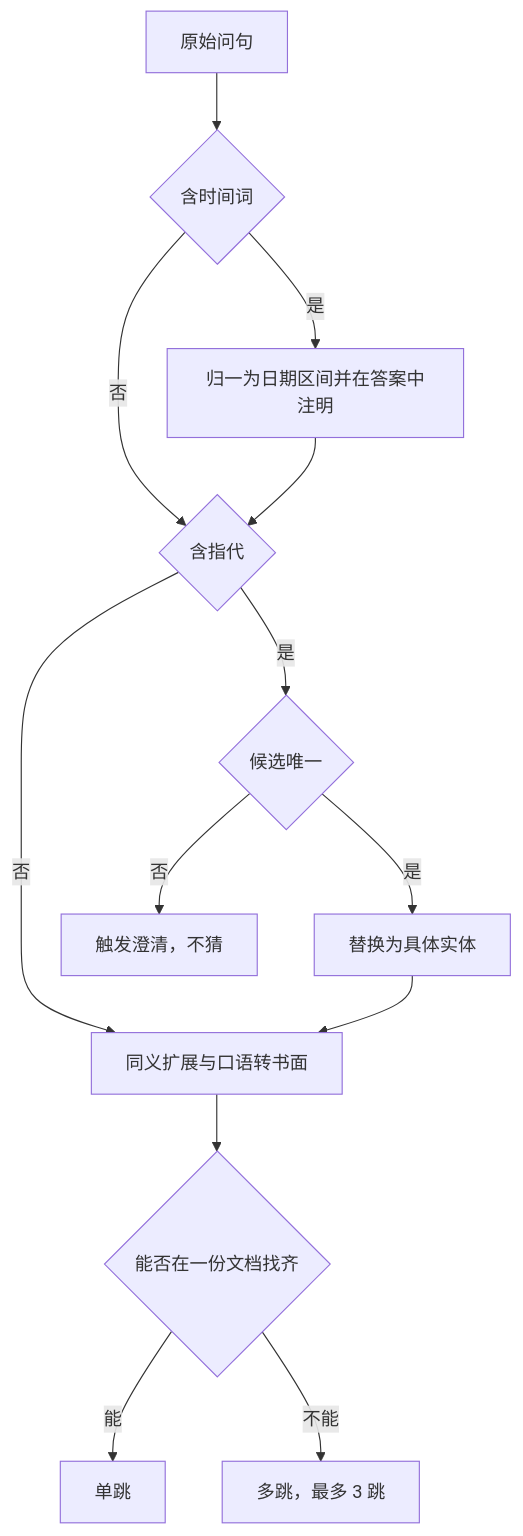
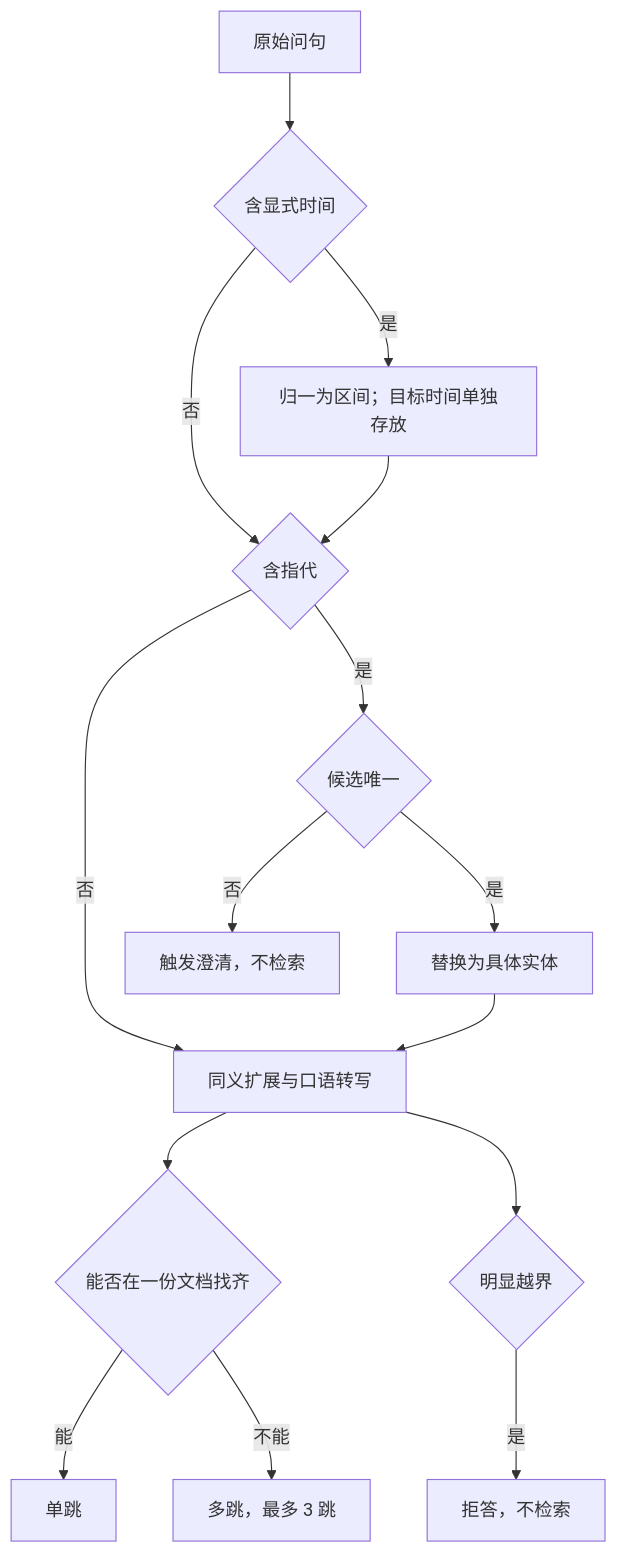
Before and after one commit to kvchen95/ai-rag: the tenth of 16 diagrams in 详细设计.md, drawn with Mermaid. The commit also changed other lines of this file and 4 other files, not shown here.

First line of the commit message:
docs: 按当前实现重写架构图集、概要设计与详细设计

````diff
--- a/详细设计.md
+++ b/详细设计.md
@@ -477,15 +501,17 @@
 ```mermaid
 flowchart TD
-    Q["原始问句"] --> T{"含时间词"}
-    T -- 是 --> T1["归一为日期区间并在答案中注明"]
+    Q["原始问句"] --> T{"含显式时间"}
+    T -- 是 --> T1["归一为区间；目标时间单独存放"]
     T -- 否 --> R
     T1 --> R{"含指代"}
     R -- 是 --> R1{"候选唯一"}
     R1 -- 是 --> R2["替换为具体实体"]
-    R1 -- 否 --> R3["触发澄清，不猜"]
-    R -- 否 --> W["同义扩展与口语转书面"]
+    R1 -- 否 --> R3["触发澄清，不检索"]
+    R -- 否 --> W["同义扩展与口语转写"]
     R2 --> W
     W --> H{"能否在一份文档找齐"}
     H -- 能 --> S["单跳"]
     H -- 不能 --> M["多跳，最多 3 跳"]
+    W --> O{"明显越界"}
+    O -- 是 --> X["拒答，不检索"]
 ```
````
